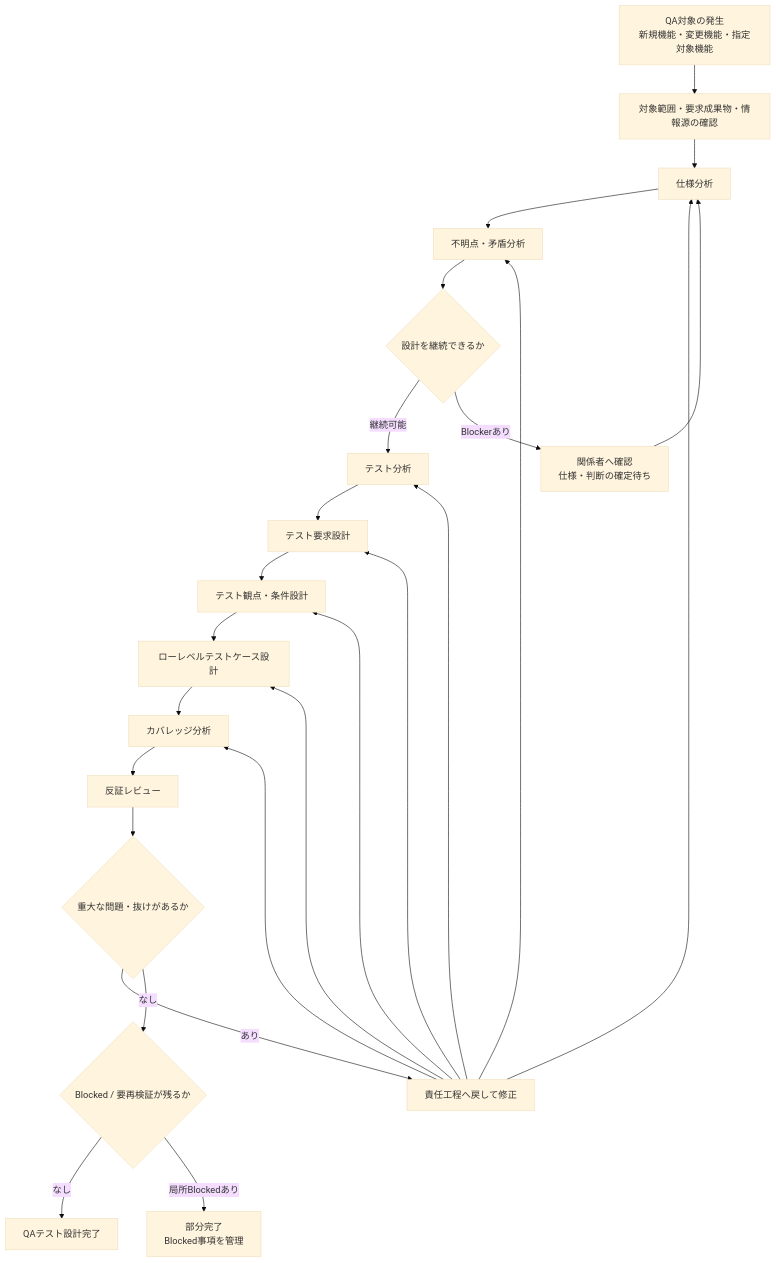
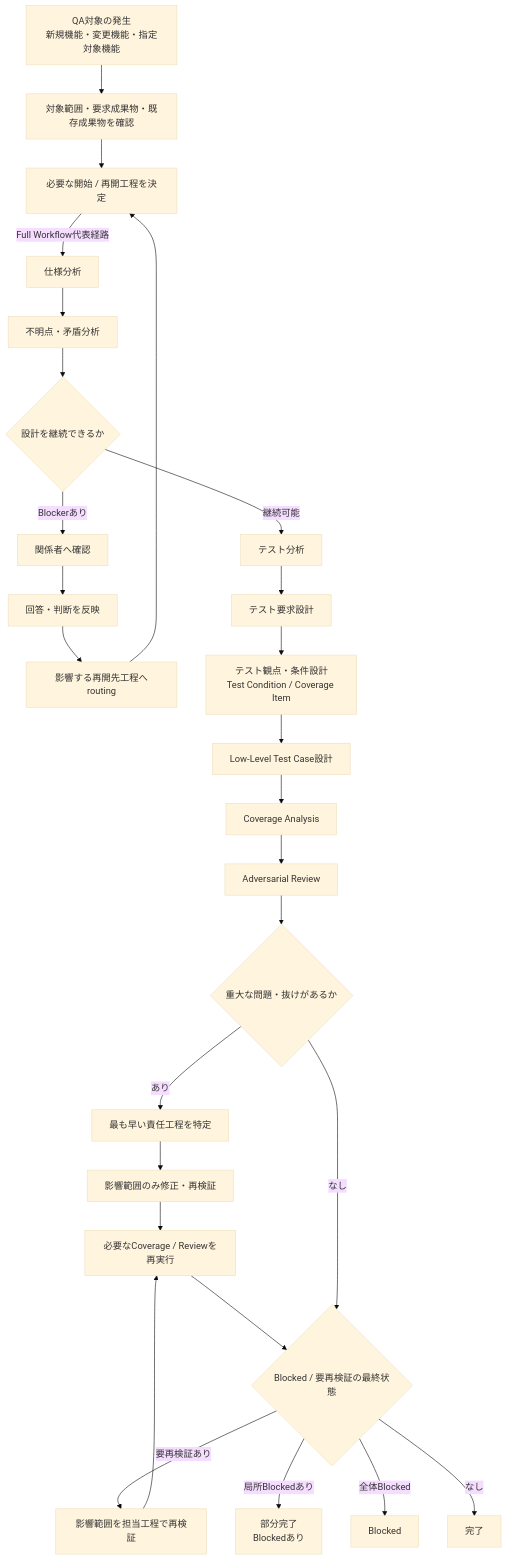
One commit to ryu-yoshikawa-pro-vision/qa-workflow-skills changed the diagram in README.md. Above: the diagram before and after it, drawn with Mermaid (base theme). The commit also changed other lines of this file, not shown here.

Commit message:
docs: align QA workflow diagram with orchestration semantics

````diff
--- a/README.md
+++ b/README.md
@@ -38,49 +40,58 @@
 ```mermaid
 flowchart TD
     A[QA対象の発生<br/>新規機能・変更機能・指定対象機能]
-    B[対象範囲・要求成果物・情報源の確認]
-    C[仕様分析]
-    D[不明点・矛盾分析]
-    E{設計を継続できるか}
-    F[関係者へ確認<br/>仕様・判断の確定待ち]
-    G[テスト分析]
-    H[テスト要求設計]
-    I[テスト観点・条件設計]
-    J[ローレベルテストケース設計]
-    K[カバレッジ分析]
-    L[反証レビュー]
-    M{重大な問題・抜けがあるか}
-    N[責任工程へ戻して修正]
-    O{Blocked / 要再検証が残るか}
-    P[QAテスト設計完了]
-    Q[部分完了<br/>Blocked事項を管理]
+    B[対象範囲・要求成果物・既存成果物を確認]
+    C[必要な開始 / 再開工程を決定]
+    D[仕様分析]
+    E[不明点・矛盾分析]
+    F{設計を継続できるか}
+    G[関係者へ確認]
+    H[回答・判断を反映]
+    I[影響する再開先工程へrouting]
+    J[テスト分析]
+    K[テスト要求設計]
+    L[テスト観点・条件設計<br/>Test Condition / Coverage Item]
+    M[Low-Level Test Case設計]
+    N[Coverage Analysis]
+    O[Adversarial Review]
+    P{重大な問題・抜けがあるか}
+    Q[最も早い責任工程を特定]
+    R[影響範囲のみ修正・再検証]
+    S{Blocked / 要再検証の最終状態}
+    T[影響範囲を担当工程で再検証]
+    U[必要なCoverage / Reviewを再実行]
+    V[部分完了<br/>Blockedあり]
+    W[Blocked]
+    X[完了]
 
     A --> B
     B --> C
-    C --> D
+    C -->|Full Workflow代表経路| D
     D --> E
+    E --> F
 
-    E -->|継続可能| G
-    E -->|Blockerあり| F
-    F --> C
-
+    F -->|継続可能| J
+    F -->|Blockerあり| G
     G --> H
     H --> I
-    I --> J
+    I --> C
+
     J --> K
     K --> L
+    L --> M
+    M --> N
+    N --> O
 
-    L --> M
-    M -->|あり| N
-    N --> C
-    N --> D
-    N --> G
-    N --> H
-    N --> I
-    N --> J
-    N --> K
+    O --> P
+    P -->|あり| Q
+    Q --> R
+    R --> U
+    U --> S
 
-    M -->|なし| O
-    O -->|なし| P
-    O -->|局所Blockedあり| Q
+    P -->|なし| S
+    S -->|要再検証あり| T
+    T --> U
+    S -->|局所Blockedあり| V
+    S -->|全体Blocked| W
+    S -->|なし| X
 ```
````
